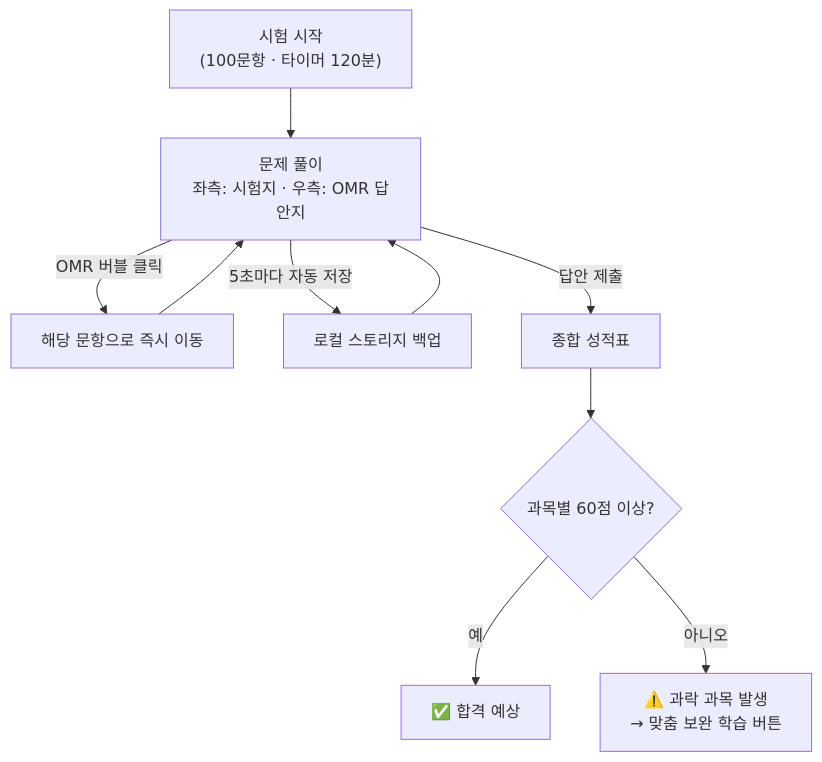
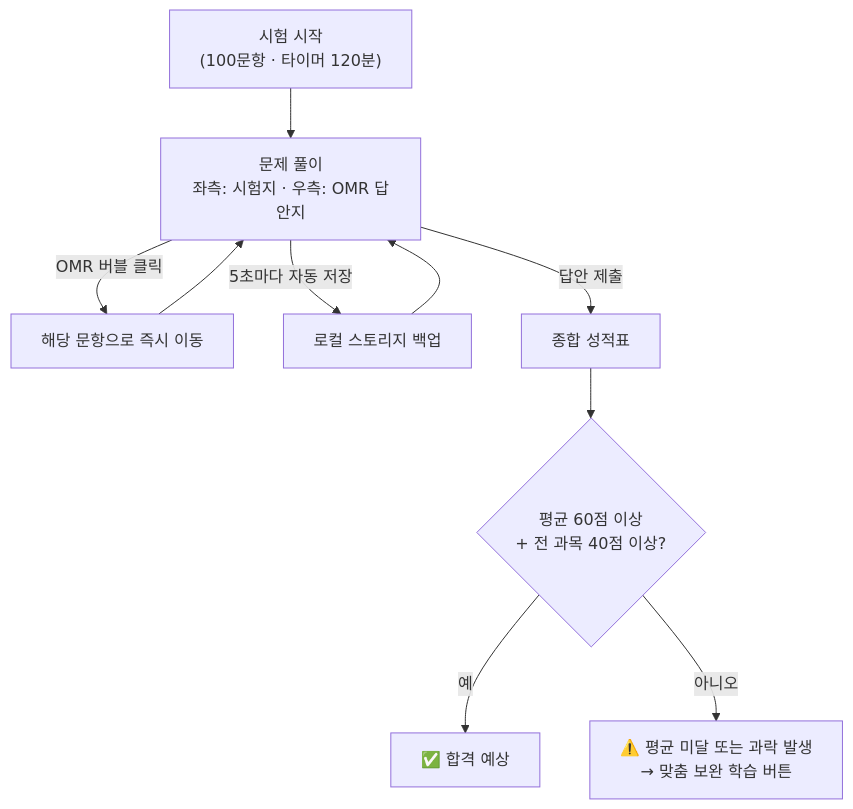
The second of 2 diagrams in docs/user/user_manual.md (skygoldlee-cyber/Personalized_Skincare), drawn with Mermaid before and after one commit. The commit also changed other lines of this file and 1 other file, not shown here.

````diff
--- a/docs/user/user_manual.md
+++ b/docs/user/user_manual.md
@@ -159,12 +159,12 @@
 ```mermaid
 graph TD
     Start["시험 시작<br/>(100문항 · 타이머 120분)"] --> Solve["문제 풀이<br/>좌측: 시험지 · 우측: OMR 답안지"]
     Solve -->|OMR 버블 클릭| Jump["해당 문항으로 즉시 이동"]
     Jump --> Solve
     Solve -->|5초마다 자동 저장| Save["로컬 스토리지 백업"]
     Save --> Solve
     Solve -->|답안 제출| Result["종합 성적표"]
-    Result --> Pass{"과목별 60점 이상?"}
+    Result --> Pass{"평균 60점 이상<br/>+ 전 과목 40점 이상?"}
     Pass -->|예| Done["✅ 합격 예상"]
-    Pass -->|아니오| Fail["⚠️ 과락 과목 발생<br/>→ 맞춤 보완 학습 버튼"]
+    Pass -->|아니오| Fail["⚠️ 평균 미달 또는 과락 발생<br/>→ 맞춤 보완 학습 버튼"]
 ```
````
